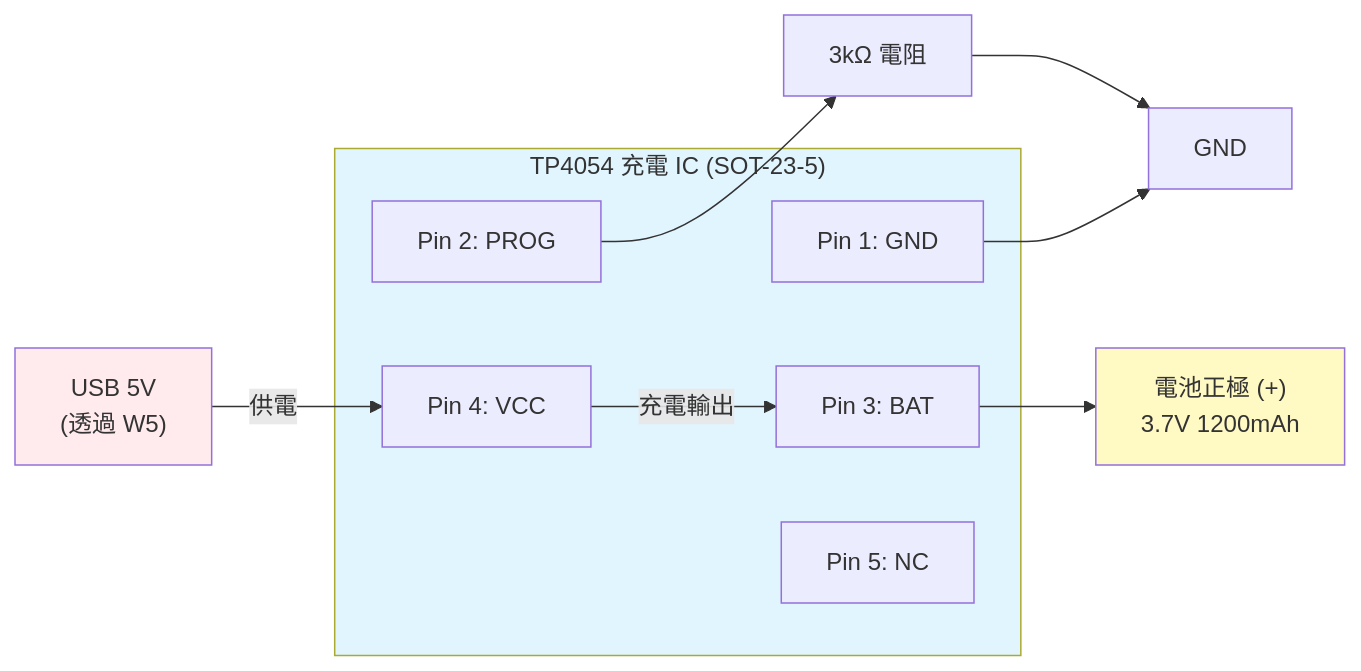
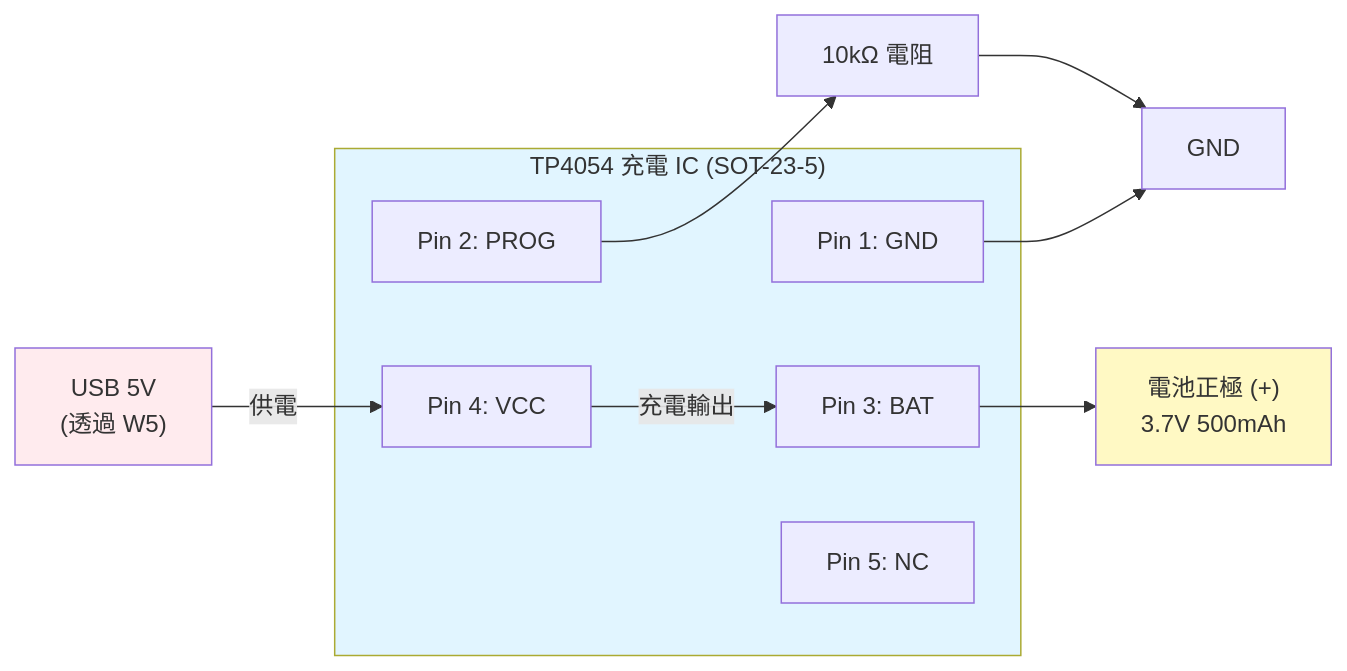
The first of 4 diagrams in battery_management/hardware/WIRING_DIAGRAM.md (DanielYJHsieh/esp32c3), drawn with Mermaid before and after one commit. The commit also changed other lines of this file and 2 other files, not shown here.

````diff
--- a/battery_management/hardware/WIRING_DIAGRAM.md
+++ b/battery_management/hardware/WIRING_DIAGRAM.md
@@ -79,21 +79,21 @@
 ```mermaid
 graph LR
     subgraph TP4054["TP4054 充電 IC (SOT-23-5)"]
         PIN1["Pin 1: GND"]
         PIN2["Pin 2: PROG"]
         PIN3["Pin 3: BAT"]
         PIN4["Pin 4: VCC"]
         PIN5["Pin 5: NC"]
     end
     
     USB["USB 5V<br/>(透過 W5)"] -->|供電| PIN4
     PIN4 -->|充電輸出| PIN3
-    PIN3 --> BAT["電池正極 (+)<br/>3.7V 1200mAh"]
-    PIN2 --> R_PROG["3kΩ 電阻"]
+    PIN3 --> BAT["電池正極 (+)<br/>3.7V 500mAh"]
+    PIN2 --> R_PROG["10kΩ 電阻"]
     R_PROG --> GND1["GND"]
     PIN1 --> GND1
     
     style TP4054 fill:#e1f5ff
     style BAT fill:#fff9c4
     style USB fill:#ffebee
 ```
````
